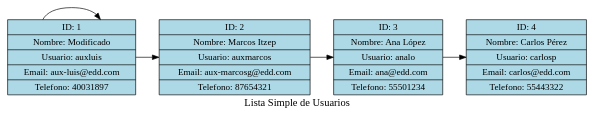
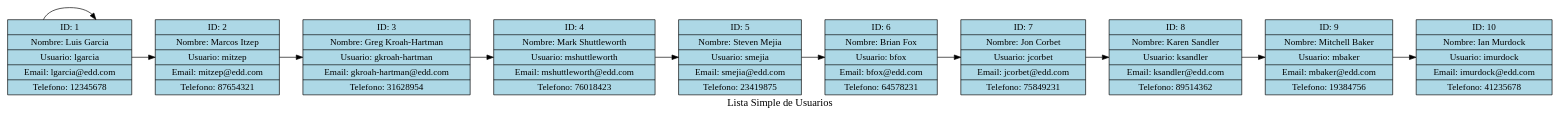
The diagram in Fase1/src/Root-Reportes/usuarios.dot (JoseArt777/-EDD-1S2025_202100305), drawn with Graphviz before and after one commit. The commit also changed 18 other files, not shown here.

```diff
--- a/Fase1/src/Root-Reportes/usuarios.dot
+++ b/Fase1/src/Root-Reportes/usuarios.dot
@@ -1,15 +1,27 @@
 digraph G {
     rankdir=LR;
     node [shape=record, style=filled, fillcolor=lightblue];
     label="Lista Simple de Usuarios";
     fontsize=16;
     user1 [label="ID: 1|Nombre: Root Admin|Usuario: root|Email: root@edd.com|Telefono: 00000000"];
     user1 -> user1;
-    user1 [label="ID: 1|Nombre: Modificado|Usuario: auxluis|Email: aux-luis@edd.com|Telefono: 40031897"];
+    user1 [label="ID: 1|Nombre: Luis Garcia|Usuario: lgarcia|Email: lgarcia@edd.com|Telefono: 12345678"];
     user1 -> user2;
-    user2 [label="ID: 2|Nombre: Marcos Itzep|Usuario: auxmarcos|Email: aux-marcosg@edd.com|Telefono: 87654321"];
+    user2 [label="ID: 2|Nombre: Marcos Itzep|Usuario: mitzep|Email: mitzep@edd.com|Telefono: 87654321"];
     user2 -> user3;
-    user3 [label="ID: 3|Nombre: Ana López|Usuario: analo|Email: ana@edd.com|Telefono: 55501234"];
+    user3 [label="ID: 3|Nombre: Greg Kroah-Hartman|Usuario: gkroah-hartman|Email: gkroah-hartman@edd.com|Telefono: 31628954"];
     user3 -> user4;
-    user4 [label="ID: 4|Nombre: Carlos Pérez|Usuario: carlosp|Email: carlos@edd.com|Telefono: 55443322"];
+    user4 [label="ID: 4|Nombre: Mark Shuttleworth|Usuario: mshuttleworth|Email: mshuttleworth@edd.com|Telefono: 76018423"];
+    user4 -> user5;
+    user5 [label="ID: 5|Nombre: Steven Mejia|Usuario: smejia|Email: smejia@edd.com|Telefono: 23419875"];
+    user5 -> user6;
+    user6 [label="ID: 6|Nombre: Brian Fox|Usuario: bfox|Email: bfox@edd.com|Telefono: 64578231"];
+    user6 -> user7;
+    user7 [label="ID: 7|Nombre: Jon Corbet|Usuario: jcorbet|Email: jcorbet@edd.com|Telefono: 75849231"];
+    user7 -> user8;
+    user8 [label="ID: 8|Nombre: Karen Sandler|Usuario: ksandler|Email: ksandler@edd.com|Telefono: 89514362"];
+    user8 -> user9;
+    user9 [label="ID: 9|Nombre: Mitchell Baker|Usuario: mbaker|Email: mbaker@edd.com|Telefono: 19384756"];
+    user9 -> user10;
+    user10 [label="ID: 10|Nombre: Ian Murdock|Usuario: imurdock|Email: imurdock@edd.com|Telefono: 41235678"];
 }
```
